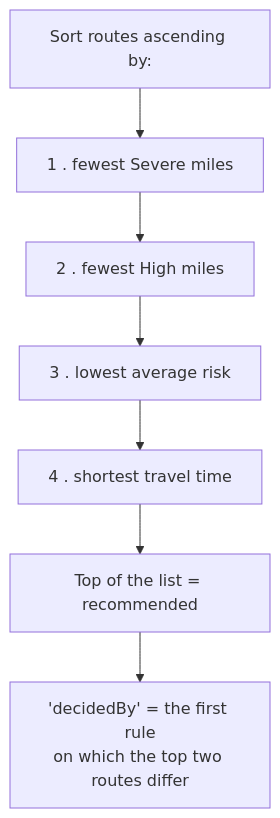
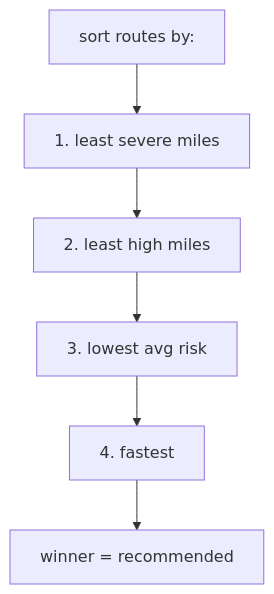
One commit to Maham-Anwaar/truck-routing changed the fourth of 5 diagrams in docs/WALKTHROUGH.md. Above: the diagram before and after it, drawn with Mermaid. The commit also changed other lines of this file, not shown here.

````diff
--- a/docs/WALKTHROUGH.md
+++ b/docs/WALKTHROUGH.md
@@ -203,9 +140,8 @@
 ```mermaid
 flowchart TD
-    S[Sort routes ascending by:] --> R1[1 . fewest Severe miles]
-    R1 --> R2[2 . fewest High miles]
-    R2 --> R3[3 . lowest average risk]
-    R3 --> R4[4 . shortest travel time]
-    R4 --> W[Top of the list = recommended]
-    W --> D["'decidedBy' = the first rule<br/>on which the top two routes differ"]
+    S["sort routes by:"] --> A[1. least severe miles]
+    A --> B[2. least high miles]
+    B --> C[3. lowest avg risk]
+    C --> D[4. fastest]
+    D --> W["winner = recommended"]
 ```
````
